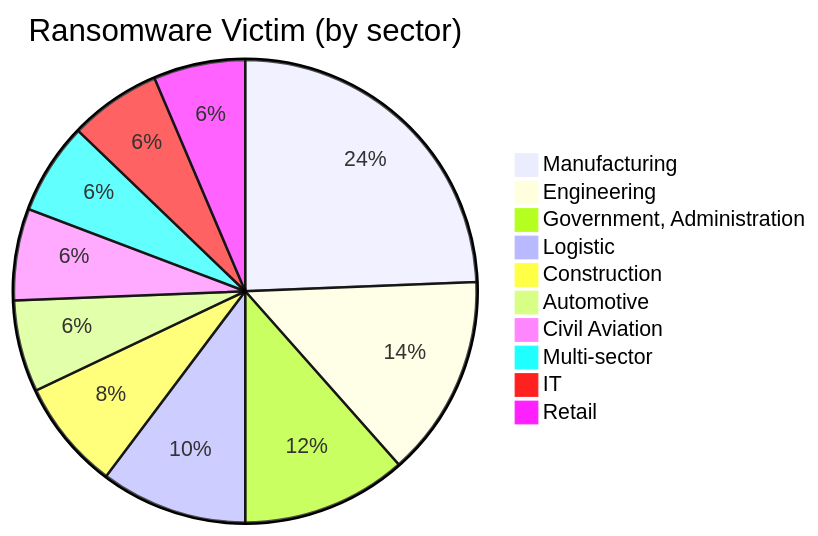
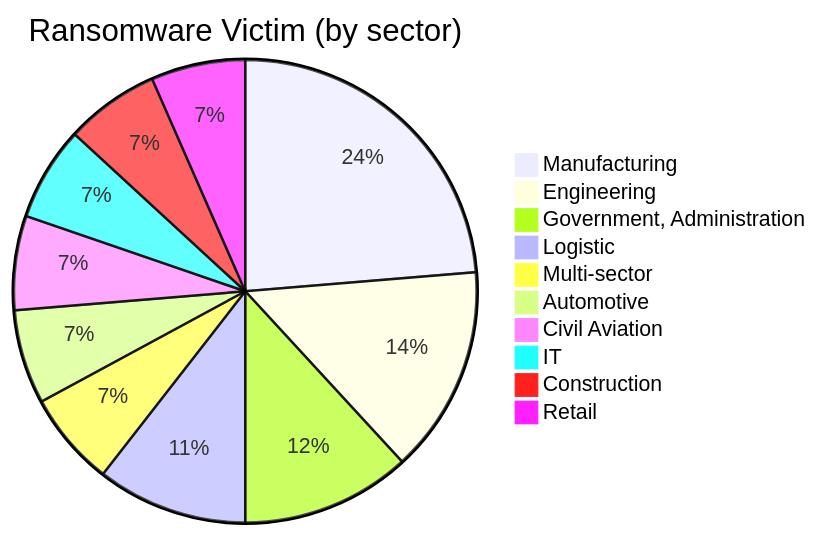
One commit to rectifyq/site changed the fourth of 4 diagrams in content/my-threat-landscape/ransomware.md. Above: the diagram before and after it, drawn with Mermaid. The commit also changed other lines of this file and 38 other files, not shown here.

````diff
--- a/content/my-threat-landscape/ransomware.md
+++ b/content/my-threat-landscape/ransomware.md
@@ -192,14 +185,13 @@
 ```mermaid
 pie title Ransomware Victim (by sector)
-    "Manufacturing" : 19
+    "Manufacturing" : 18
     "Engineering" : 11
     "Government, Administration" : 9
     "Logistic" : 8
-    "Construction" : 6
+    "Multi-sector" : 5
     "Automotive" : 5
     "Civil Aviation" : 5
-    "Multi-sector" : 5       
-     "IT" : 5
+    "IT" : 5
+    "Construction" : 5
     "Retail" : 5
-
 ```
````
